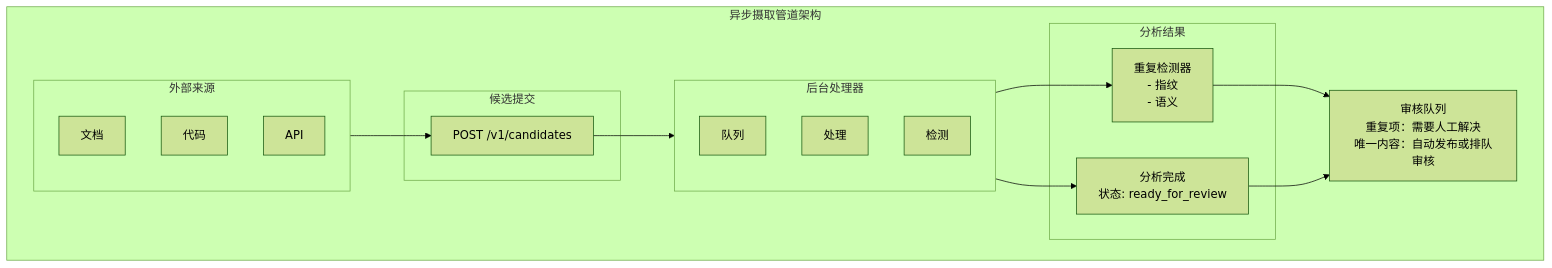
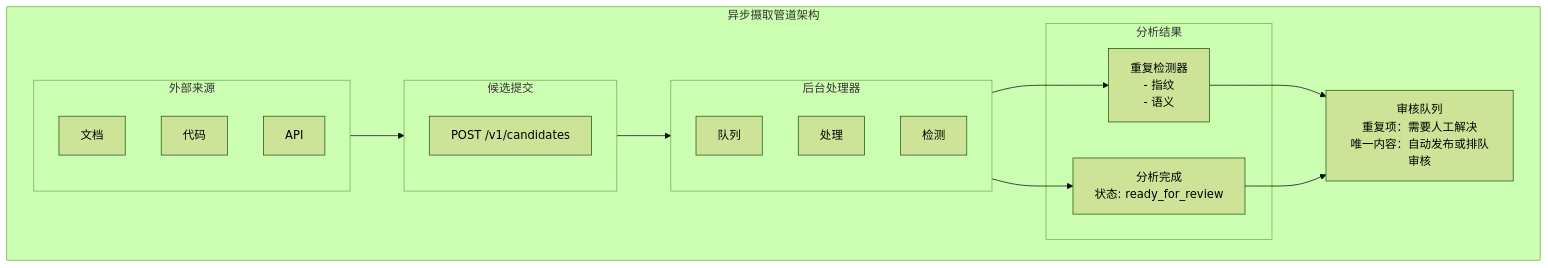
The first of 6 diagrams in docs/architecture/components/INGESTION.md (pofossette/TrapMap-for-vibing), drawn with Mermaid (forest theme) before and after one commit. The commit also changed other lines of this file and 31 other files, not shown here.

````diff
--- a/docs/architecture/components/INGESTION.md
+++ b/docs/architecture/components/INGESTION.md
@@ -9,34 +9,34 @@
 ```mermaid
 flowchart TB
-    subgraph IngestionPipeline["异步摄取管道架构"]
-        subgraph Sources["外部来源"]
+    subgraph 摄取管道["异步摄取管道架构"]
+        subgraph 外部来源["外部来源"]
             Documents["文档"]
             Code["代码"]
             APIs["API"]
         end
         
-        subgraph Submission["候选提交"]
+        subgraph 候选提交["候选提交"]
             PostCandidates["POST /v1/candidates"]
         end
         
-        subgraph Processor["后台处理器"]
+        subgraph 后台处理["后台处理器"]
             Queue["队列"]
             Process["处理"]
             Detect["检测"]
         end
         
-        subgraph Analysis["分析结果"]
+        subgraph 分析结果["分析结果"]
             DuplicateDetector["重复检测器\n- 指纹\n- 语义"]
             AnalysisComplete["分析完成\n状态: ready_for_review"]
         end
         
         ReviewQueue["审核队列\n重复项：需要人工解决\n唯一内容：自动发布或排队审核"]
     end
 
-    Sources --> PostCandidates
-    PostCandidates --> Processor
-    Processor --> DuplicateDetector
-    Processor --> AnalysisComplete
+    外部来源 --> 候选提交
+    候选提交 --> 后台处理
+    后台处理 --> DuplicateDetector
+    后台处理 --> AnalysisComplete
     DuplicateDetector --> ReviewQueue
     AnalysisComplete --> ReviewQueue
 ```
````
